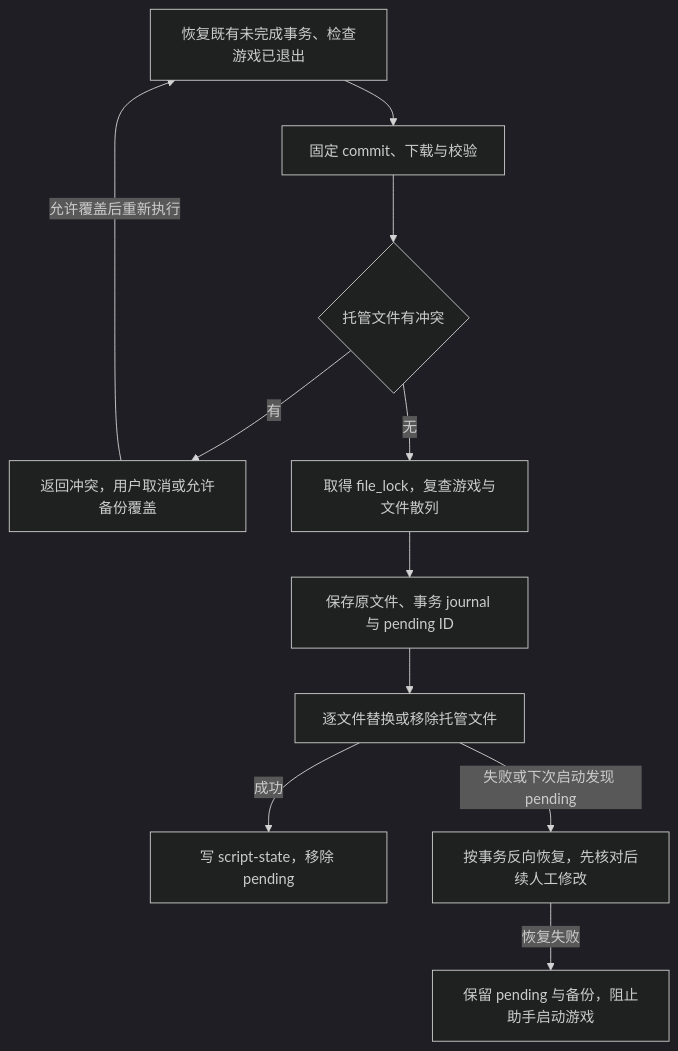
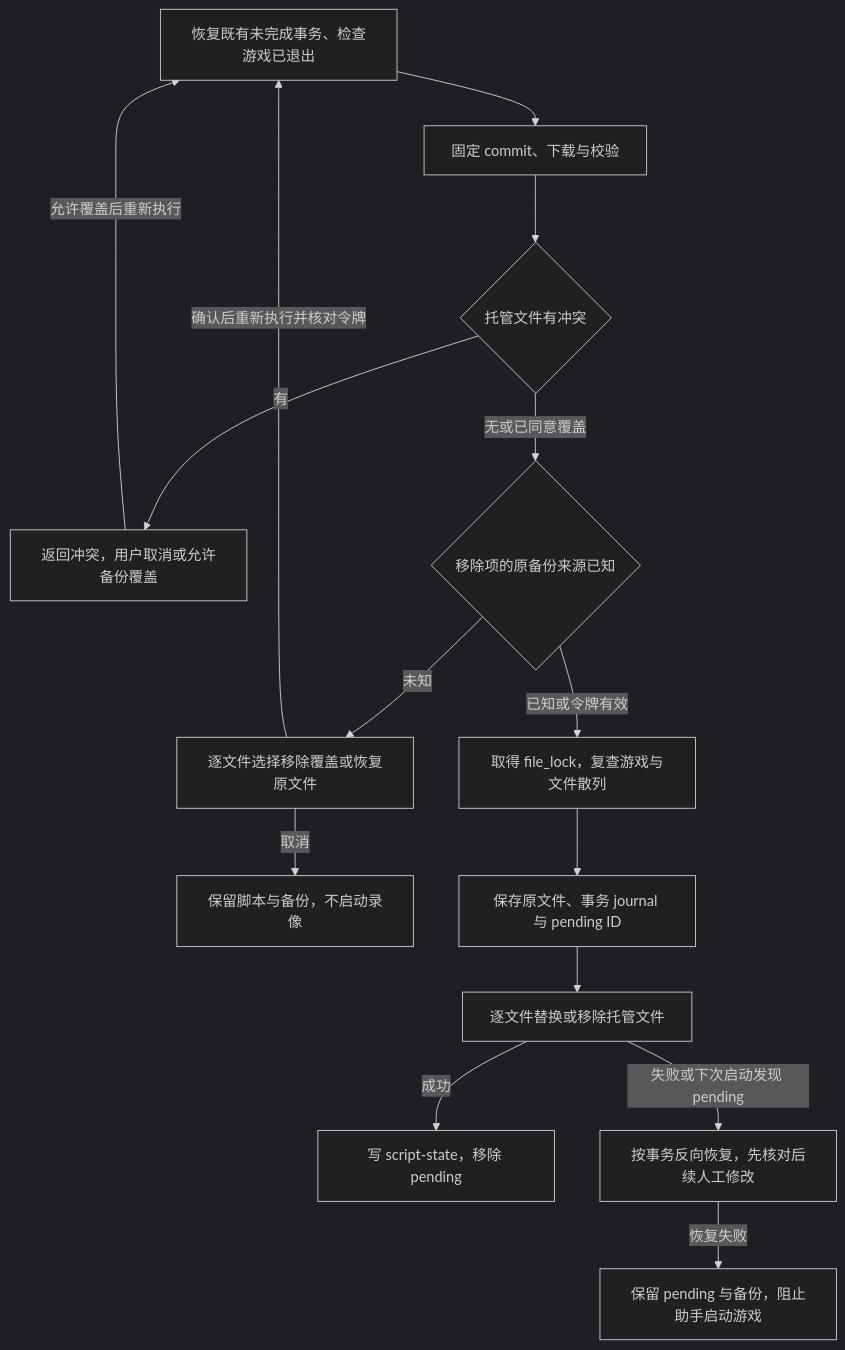
Before and after one commit to 301zrg/srvprotianti-desktop: the sixth of 8 diagrams in docs/ARCHITECTURE.md, drawn with Mermaid (dark theme). The commit also changed other lines of this file and 5 other files, not shown here.

````diff
--- a/docs/ARCHITECTURE.md
+++ b/docs/ARCHITECTURE.md
@@ -272,13 +275,17 @@
 ```mermaid
 flowchart TB
     Check[恢复既有未完成事务、检查游戏已退出] --> Fetch[固定 commit、下载与校验]
     Fetch --> Conflict{托管文件有冲突}
     Conflict -->|有| Choice[返回冲突，用户取消或允许备份覆盖]
     Choice -->|允许覆盖后重新执行| Check
-    Conflict -->|无| Lock[取得 file_lock，复查游戏与文件散列]
+    Conflict -->|无或已同意覆盖| Origin{移除项的原备份来源已知}
+    Origin -->|未知| Confirm[逐文件选择移除覆盖或恢复原文件]
+    Confirm -->|取消| Stop[保留脚本与备份，不启动录像]
+    Confirm -->|确认后重新执行并核对令牌| Check
+    Origin -->|已知或令牌有效| Lock[取得 file_lock，复查游戏与文件散列]
     Lock --> Journal[保存原文件、事务 journal 与 pending ID]
     Journal --> Apply[逐文件替换或移除托管文件]
     Apply -->|成功| Commit[写 script-state，移除 pending]
     Apply -->|失败或下次启动发现 pending| Rollback[按事务反向恢复，先核对后续人工修改]
     Rollback -->|恢复失败| Block[保留 pending 与备份，阻止助手启动游戏]
 ```
````
